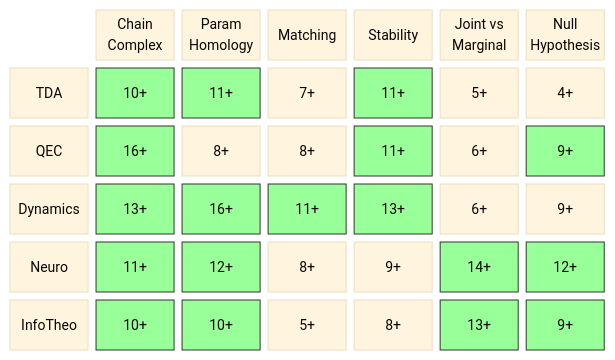
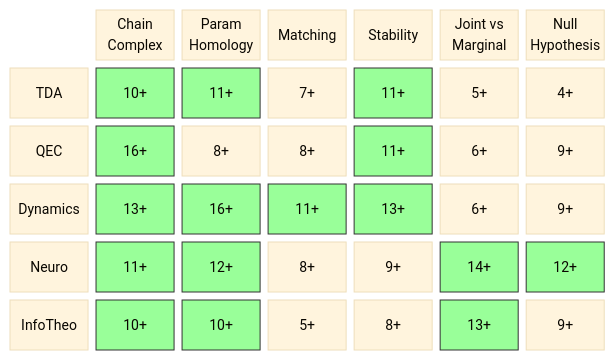
One commit to musicofhel/topoyolo changed the diagram in diagrams/coverage-matrix.md. Above: the diagram before and after it, drawn with Mermaid. The commit also changed other lines of this file and 6 other files, not shown here.

````diff
--- a/diagrams/coverage-matrix.md
+++ b/diagrams/coverage-matrix.md
@@ -20,31 +20,29 @@
 ```mermaid
 %%{init: {'theme': 'base', 'themeVariables': {'fontSize': '14px'}}}%%
 block-beta
   columns 7
 
   space:1 CC["Chain\nComplex"] PH["Param\nHomology"] MA["Matching"] ST["Stability"] JM["Joint vs\nMarginal"] NH["Null\nHypothesis"]
 
   TDA["TDA"] TDA_CC["10+"] TDA_PH["11+"] TDA_MA["7+"] TDA_ST["11+"] TDA_JM["5+"] TDA_NH["4+"]
   QEC["QEC"] QEC_CC["16+"] QEC_PH["8+"] QEC_MA["8+"] QEC_ST["11+"] QEC_JM["6+"] QEC_NH["9+"]
   DYN["Dynamics"] DYN_CC["13+"] DYN_PH["16+"] DYN_MA["11+"] DYN_ST["13+"] DYN_JM["6+"] DYN_NH["9+"]
   NEU["Neuro"] NEU_CC["11+"] NEU_PH["12+"] NEU_MA["8+"] NEU_ST["9+"] NEU_JM["14+"] NEU_NH["12+"]
   IT["InfoTheo"] IT_CC["10+"] IT_PH["10+"] IT_MA["5+"] IT_ST["8+"] IT_JM["13+"] IT_NH["9+"]
   style TDA_CC fill:#9f9,stroke:#333
   style TDA_PH fill:#9f9,stroke:#333
   style TDA_ST fill:#9f9,stroke:#333
   style QEC_CC fill:#9f9,stroke:#333
   style QEC_ST fill:#9f9,stroke:#333
   style DYN_CC fill:#9f9,stroke:#333
   style DYN_PH fill:#9f9,stroke:#333
   style DYN_MA fill:#9f9,stroke:#333
   style DYN_ST fill:#9f9,stroke:#333
   style NEU_CC fill:#9f9,stroke:#333
   style NEU_PH fill:#9f9,stroke:#333
   style NEU_JM fill:#9f9,stroke:#333
   style NEU_NH fill:#9f9,stroke:#333
   style IT_CC fill:#9f9,stroke:#333
   style IT_PH fill:#9f9,stroke:#333
   style IT_JM fill:#9f9,stroke:#333
-  style IT_NH fill:#9f9,stroke:#333
-  style QEC_NH fill:#9f9,stroke:#333
 ```
````
